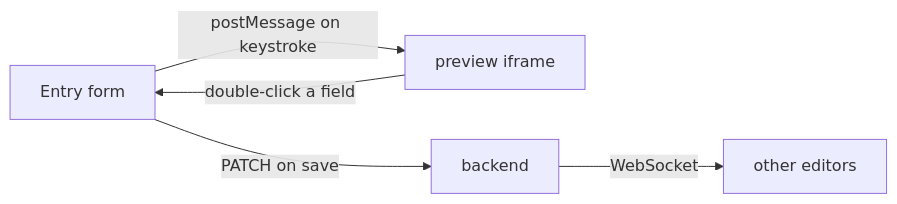
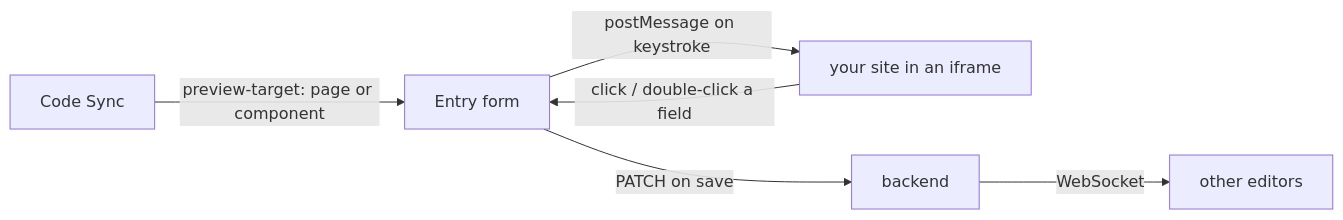
Before and after one commit to proteendas/ondros-cms: the diagram in docs/09-frontend-apps.md, drawn with Mermaid. The commit also changed other lines of this file and 26 other files, not shown here.

````diff
--- a/docs/09-frontend-apps.md
+++ b/docs/09-frontend-apps.md
@@ -77,7 +82,8 @@
 ```mermaid
 flowchart LR
-    F["Entry form"] -->|"postMessage on keystroke"| I["preview iframe"]
-    I -->|"double-click a field"| F
+    F["Entry form"] -->|"postMessage on keystroke"| I["your site in an iframe"]
+    I -->|"click / double-click a field"| F
     F -->|"PATCH on save"| API["backend"]
     API -->|"WebSocket"| O["other editors"]
+    CS["Code Sync"] -->|"preview-target: page or component"| F
 ```
````
